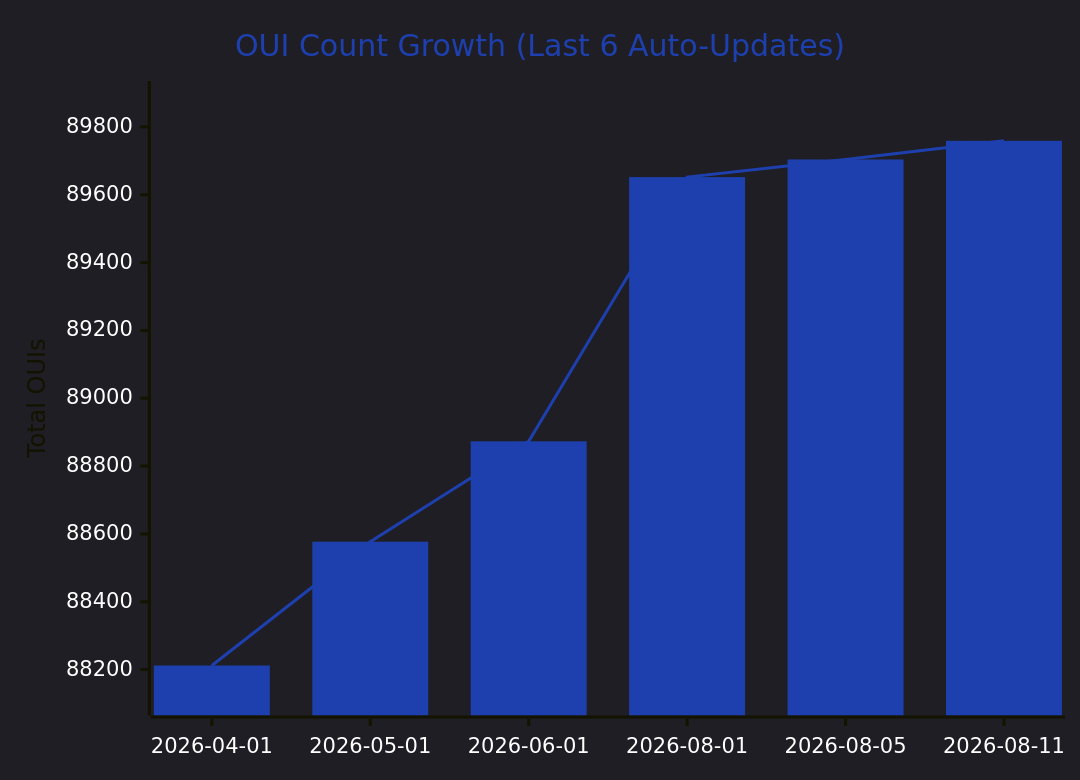
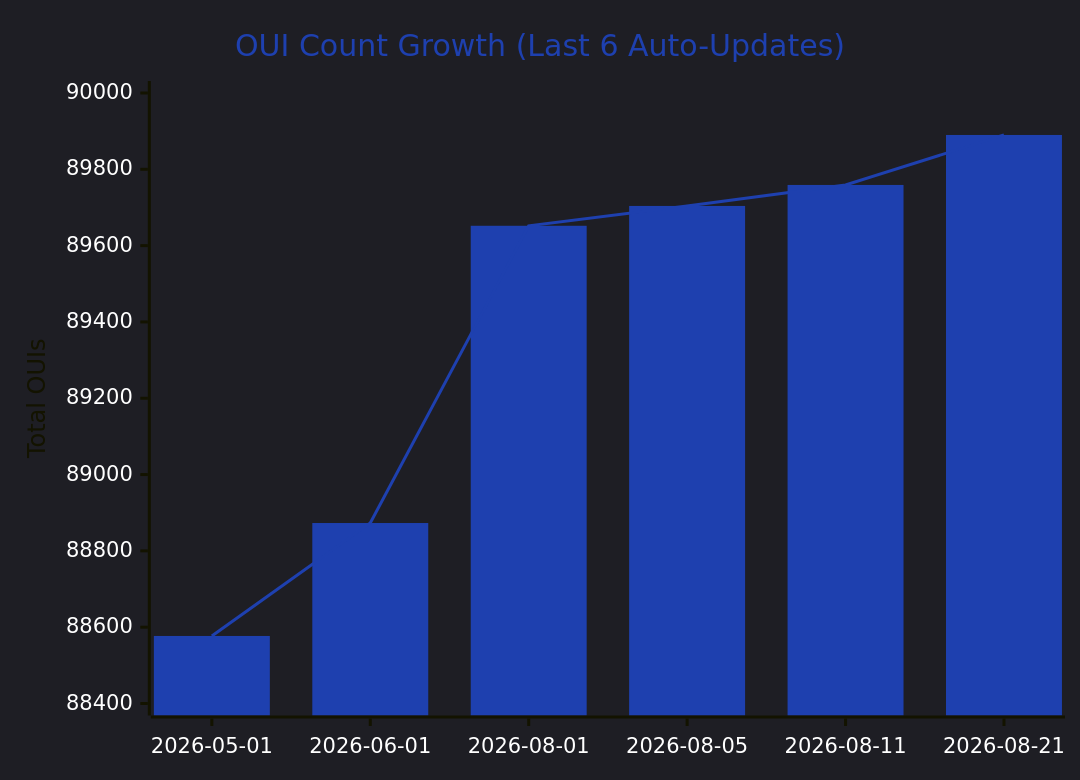
Before and after one commit to Ringmast4r/OUI-Master-Database: the first of 5 diagrams in README.md, drawn with Mermaid. The commit also changed other lines of this file and 14 other files, not shown here.

````diff
--- a/README.md
+++ b/README.md
@@ -71,9 +71,9 @@
 ```mermaid
 %%{init: {'theme':'dark', 'themeVariables': {'xyChart': {'backgroundColor':'#00000000','plotColorPalette':'#1E40AF','titleColor':'#1E40AF','xAxisLabelColor':'#ffffff','yAxisLabelColor':'#ffffff'}}}}%%
 xychart-beta
     title "OUI Count Growth (Last 6 Auto-Updates)"
-    x-axis ["2026-04-01", "2026-05-01", "2026-06-01", "2026-08-01", "2026-08-05", "2026-08-11"]
-    y-axis "Total OUIs" 88100 --> 89900
-    bar [88212, 88577, 88873, 89652, 89704, 89759]
-    line [88212, 88577, 88873, 89652, 89704, 89759]
+    x-axis ["2026-05-01", "2026-06-01", "2026-08-01", "2026-08-05", "2026-08-11", "2026-08-21"]
+    y-axis "Total OUIs" 88400 --> 90000
+    bar [88577, 88873, 89652, 89704, 89759, 89890]
+    line [88577, 88873, 89652, 89704, 89759, 89890]
 ```
````
